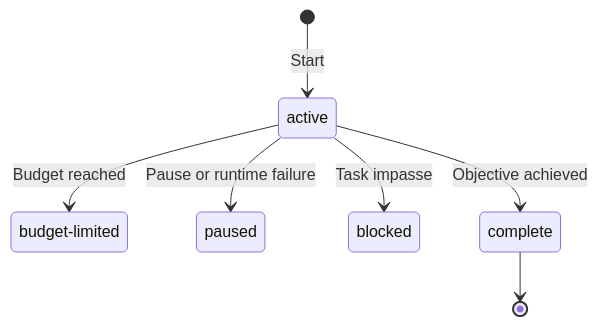
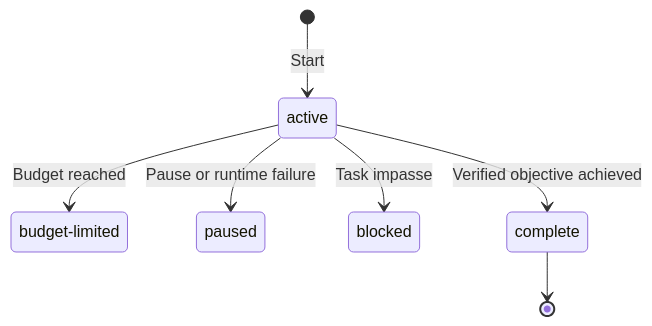
The diagram in docs/goals.md (FrauH0lle/mevedel), drawn with Mermaid before and after one commit. The commit also changed other lines of this file and 14 other files, not shown here.

````diff
--- a/docs/goals.md
+++ b/docs/goals.md
@@ -42,10 +42,10 @@
 ```mermaid
 stateDiagram-v2
     state "budget-limited" as budget_limited
     [*] --> active: Start
     active --> paused: Pause or runtime failure
     active --> blocked: Task impasse
     active --> budget_limited: Budget reached
-    active --> complete: Objective achieved
+    active --> complete: Verified objective achieved
     complete --> [*]
 ```
````
